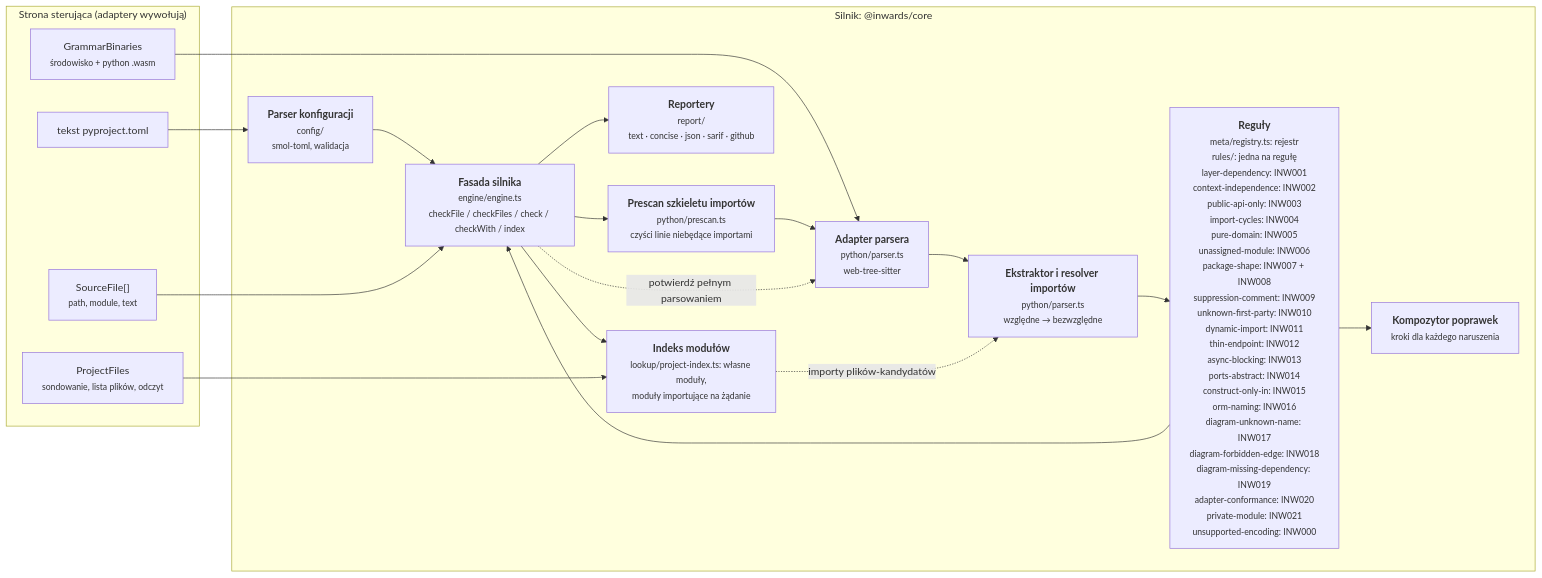
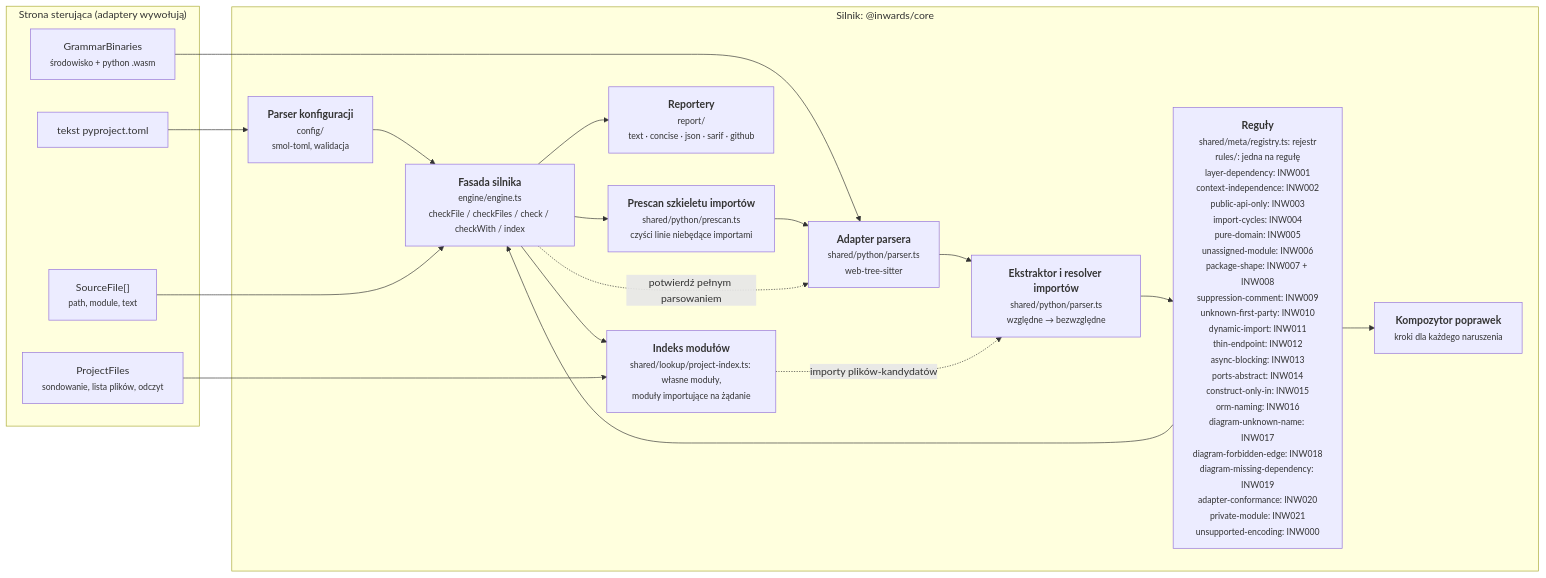
Before and after one commit to SirCypkowskyy/inwards: the third of 6 diagrams in docs/pl/03-Architecture-C4.md, drawn with Mermaid. The commit also changed other lines of this file and 166 other files, not shown here.

````diff
--- a/docs/pl/03-Architecture-C4.md
+++ b/docs/pl/03-Architecture-C4.md
@@ -110,33 +110,33 @@
 ```mermaid
 flowchart LR
     subgraph driving["Strona sterująca (adaptery wywołują)"]
         files["SourceFile[]<br/><small>path, module, text</small>"]
         cfgtext["tekst pyproject.toml"]
         wasm["GrammarBinaries<br/><small>środowisko + python .wasm</small>"]
         pfiles["ProjectFiles<br/><small>sondowanie, lista plików, odczyt</small>"]
     end
 
     subgraph enginebox["Silnik: @inwards/core"]
         config["<b>Parser konfiguracji</b><br/><small>config/<br/>smol-toml, walidacja</small>"]
-        pre["<b>Prescan szkieletu importów</b><br/><small>python/prescan.ts<br/>czyści linie niebędące importami</small>"]
-        parser["<b>Adapter parsera</b><br/><small>python/parser.ts<br/>web-tree-sitter</small>"]
-        extract["<b>Ekstraktor i resolver importów</b><br/><small>python/parser.ts<br/>względne → bezwzględne</small>"]
-        rules["<b>Reguły</b><br/><small>meta/registry.ts: rejestr<br/>rules/: jedna na regułę<br/>layer-dependency: INW001<br/>context-independence: INW002<br/>public-api-only: INW003<br/>import-cycles: INW004<br/>pure-domain: INW005<br/>unassigned-module: INW006<br/>package-shape: INW007 + INW008<br/>suppression-comment: INW009<br/>unknown-first-party: INW010<br/>dynamic-import: INW011<br/>thin-endpoint: INW012<br/>async-blocking: INW013<br/>ports-abstract: INW014<br/>construct-only-in: INW015<br/>orm-naming: INW016<br/>diagram-unknown-name: INW017<br/>diagram-forbidden-edge: INW018<br/>diagram-missing-dependency: INW019<br/>adapter-conformance: INW020<br/>private-module: INW021<br/>unsupported-encoding: INW000</small>"]
+        pre["<b>Prescan szkieletu importów</b><br/><small>shared/python/prescan.ts<br/>czyści linie niebędące importami</small>"]
+        parser["<b>Adapter parsera</b><br/><small>shared/python/parser.ts<br/>web-tree-sitter</small>"]
+        extract["<b>Ekstraktor i resolver importów</b><br/><small>shared/python/parser.ts<br/>względne → bezwzględne</small>"]
+        rules["<b>Reguły</b><br/><small>shared/meta/registry.ts: rejestr<br/>rules/: jedna na regułę<br/>layer-dependency: INW001<br/>context-independence: INW002<br/>public-api-only: INW003<br/>import-cycles: INW004<br/>pure-domain: INW005<br/>unassigned-module: INW006<br/>package-shape: INW007 + INW008<br/>suppression-comment: INW009<br/>unknown-first-party: INW010<br/>dynamic-import: INW011<br/>thin-endpoint: INW012<br/>async-blocking: INW013<br/>ports-abstract: INW014<br/>construct-only-in: INW015<br/>orm-naming: INW016<br/>diagram-unknown-name: INW017<br/>diagram-forbidden-edge: INW018<br/>diagram-missing-dependency: INW019<br/>adapter-conformance: INW020<br/>private-module: INW021<br/>unsupported-encoding: INW000</small>"]
         fix["<b>Kompozytor poprawek</b><br/><small>kroki dla każdego naruszenia</small>"]
         report["<b>Reportery</b><br/><small>report/<br/>text · concise · json · sarif · github</small>"]
         engine["<b>Fasada silnika</b><br/><small>engine/engine.ts<br/>checkFile / checkFiles / check / checkWith / index</small>"]
-        modgraph["<b>Indeks modułów</b><br/><small>lookup/project-index.ts: własne moduły,<br/>moduły importujące na żądanie</small>"]
+        modgraph["<b>Indeks modułów</b><br/><small>shared/lookup/project-index.ts: własne moduły,<br/>moduły importujące na żądanie</small>"]
     end
 
     cfgtext --> config --> engine
     wasm --> parser
     files --> engine
     engine --> pre --> parser --> extract --> rules
     rules --> fix
     rules --> engine
     engine -. "potwierdź pełnym parsowaniem" .-> parser
     engine --> modgraph
     pfiles --> modgraph
     modgraph -. "importy plików-kandydatów" .-> extract
     engine --> report
 ```
````
